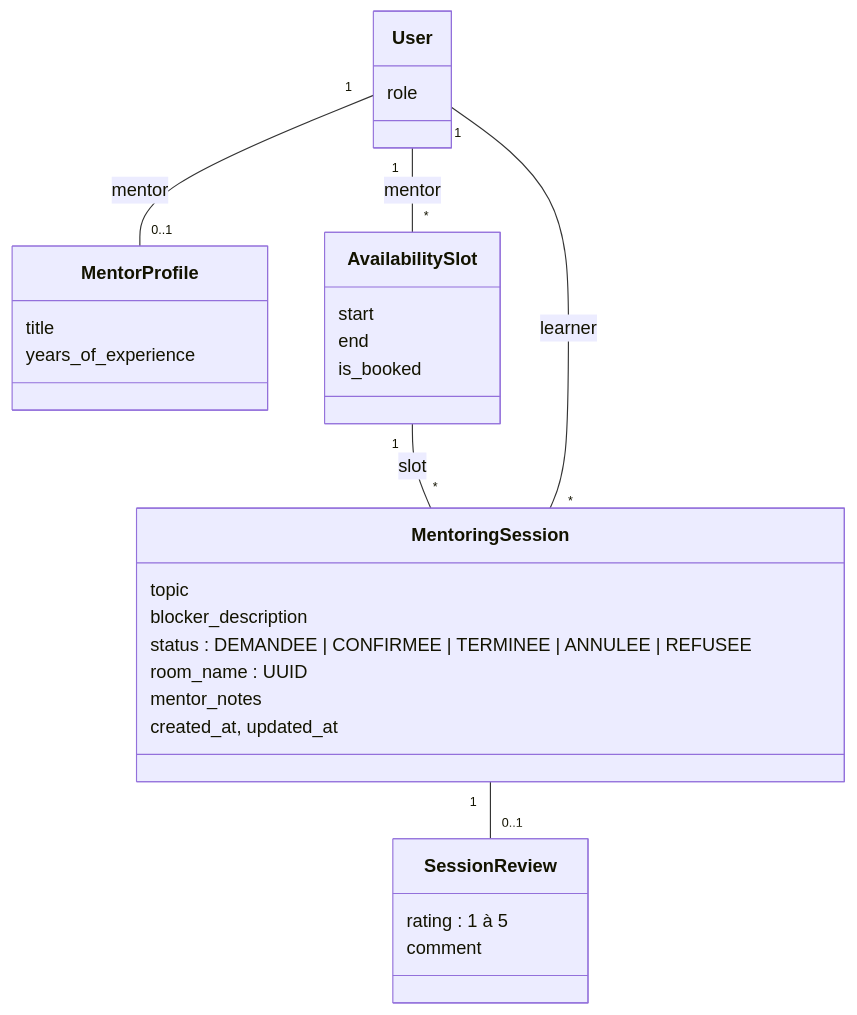
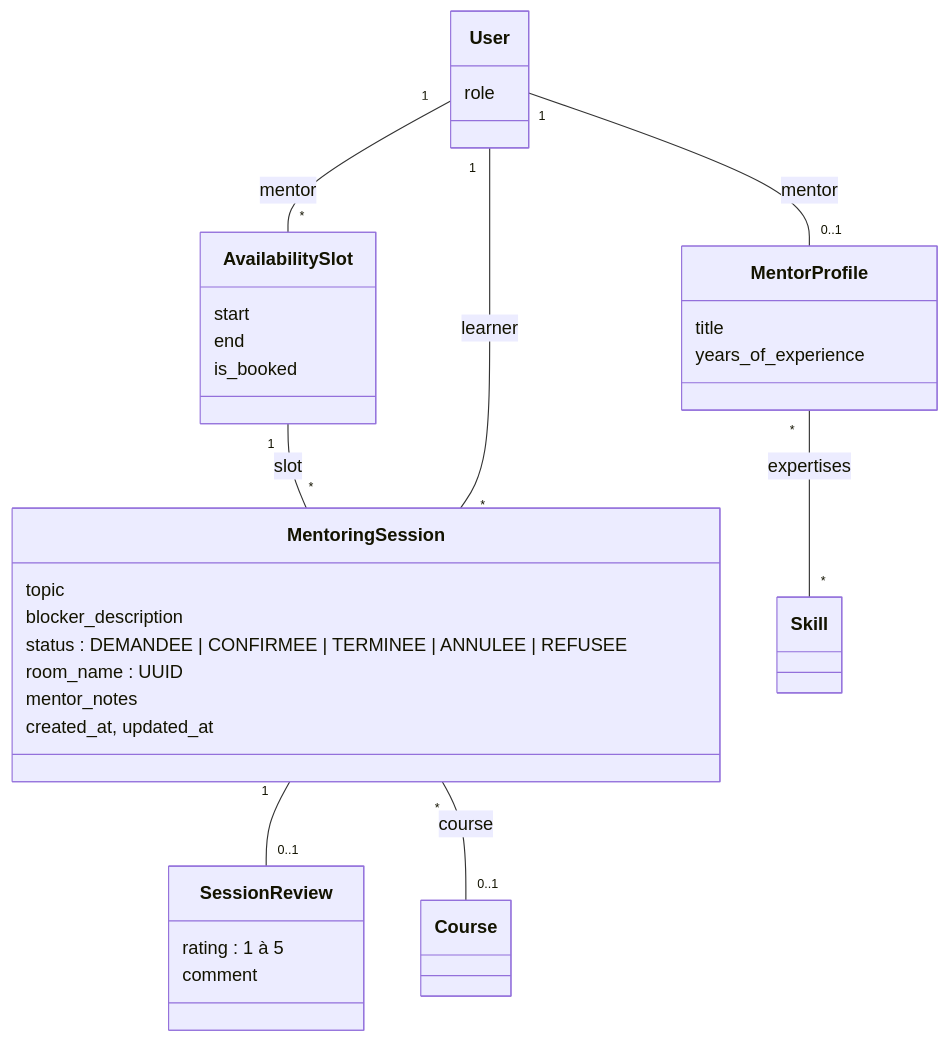
The first of 2 diagrams in docs/modules/mentoring.md (waeldaagi/Skill-Forge-Legends), drawn with Mermaid before and after one commit. The commit also changed other lines of this file and 4 other files, not shown here.

````diff
--- a/docs/modules/mentoring.md
+++ b/docs/modules/mentoring.md
@@ -15,32 +15,34 @@
 ```mermaid
 classDiagram
     class User {
         role
     }
     class MentorProfile {
         title
         years_of_experience
     }
     class AvailabilitySlot {
         start
         end
         is_booked
     }
     class MentoringSession {
         topic
         blocker_description
         status : DEMANDEE | CONFIRMEE | TERMINEE | ANNULEE | REFUSEE
         room_name : UUID
         mentor_notes
         created_at, updated_at
     }
     class SessionReview {
         rating : 1 à 5
         comment
     }
     User "1" -- "0..1" MentorProfile : mentor
     User "1" -- "*" AvailabilitySlot : mentor
     AvailabilitySlot "1" -- "*" MentoringSession : slot
     User "1" -- "*" MentoringSession : learner
     MentoringSession "1" -- "0..1" SessionReview
+    MentorProfile "*" -- "*" Skill : expertises
+    MentoringSession "*" -- "0..1" Course : course
 ```
````
